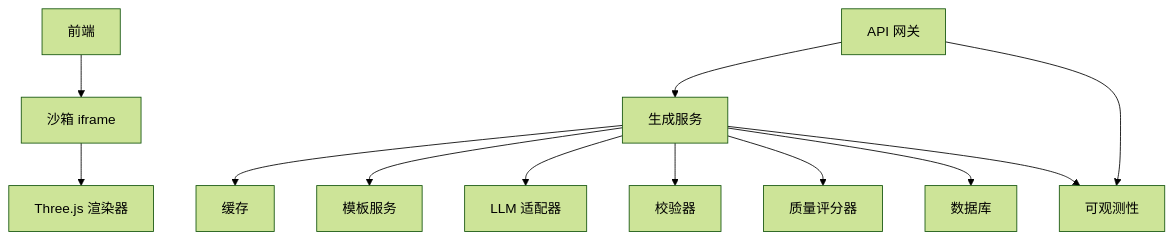
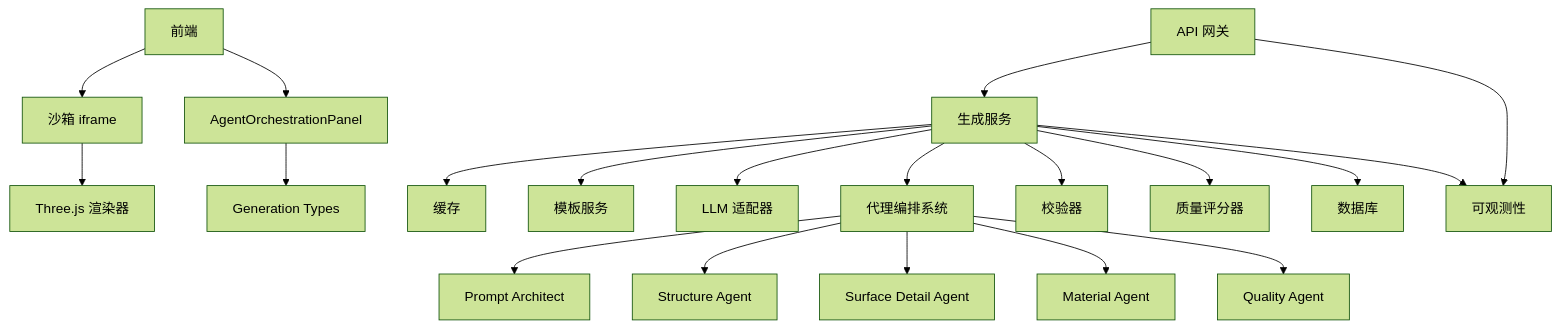
Diagram 11 of 11 in .qoder/repowiki/zh/content/核心功能模块/AI 生成引擎/AI 生成引擎.md (MrXujiang/ApexForge), drawn with Mermaid (forest theme) before and after one commit. The commit also changed other lines of this file and 84 other files, not shown here.

````diff
--- a/.qoder/repowiki/zh/content/核心功能模块/AI 生成引擎/AI 生成引擎.md
+++ b/.qoder/repowiki/zh/content/核心功能模块/AI 生成引擎/AI 生成引擎.md
@@ -320,14 +403,22 @@
 ```mermaid
 graph TB
 GEN["生成服务"] --> CACHE["缓存"]
 GEN --> TPL["模板服务"]
 GEN --> LLM["LLM 适配器"]
+GEN --> HARN["代理编排系统"]
 GEN --> VAL["校验器"]
 GEN --> SCORE["质量评分器"]
 GEN --> DB["数据库"]
+HARN --> AG1["Prompt Architect"]
+HARN --> AG2["Structure Agent"]
+HARN --> AG3["Surface Detail Agent"]
+HARN --> AG4["Material Agent"]
+HARN --> AG5["Quality Agent"]
 FE["前端"] --> SANDBOX["沙箱 iframe"]
+FE --> AGP["AgentOrchestrationPanel"]
+AGP --> TYPES["Generation Types"]
 SANDBOX --> RENDER["Three.js 渲染器"]
 API["API 网关"] --> GEN
 API --> OBS["可观测性"]
 GEN --> OBS
 ```
````
